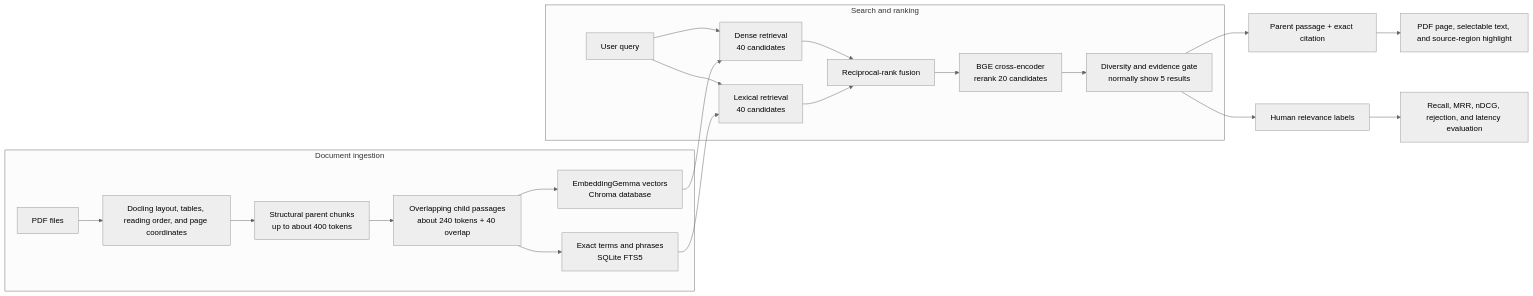
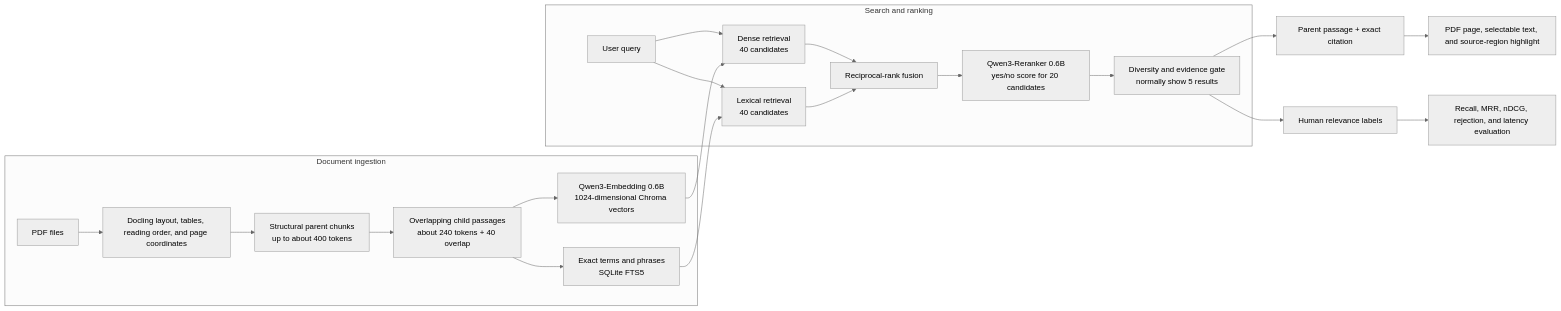
One commit to FKENZOLS/reference-desk changed the diagram in README.md. Above: the diagram before and after it, drawn with Mermaid (neutral theme). The commit also changed other lines of this file and 23 other files, not shown here.

````diff
--- a/README.md
+++ b/README.md
@@ -214,26 +222,26 @@
 ```mermaid
 flowchart LR
     subgraph INGESTION["Document ingestion"]
         A["PDF files"] --> B["Docling layout, tables, reading order, and page coordinates"]
         B --> C["Structural parent chunks<br/>up to about 400 tokens"]
         C --> D["Overlapping child passages<br/>about 240 tokens + 40 overlap"]
-        D --> E["EmbeddingGemma vectors<br/>Chroma database"]
+        D --> E["Qwen3-Embedding 0.6B<br/>1024-dimensional Chroma vectors"]
         D --> F["Exact terms and phrases<br/>SQLite FTS5"]
     end
 
     subgraph SEARCH["Search and ranking"]
         Q["User query"] --> G["Dense retrieval<br/>40 candidates"]
         Q --> H["Lexical retrieval<br/>40 candidates"]
         E --> G
         F --> H
         G --> I["Reciprocal-rank fusion"]
         H --> I
-        I --> J["BGE cross-encoder<br/>rerank 20 candidates"]
+        I --> J["Qwen3-Reranker 0.6B<br/>yes/no score for 20 candidates"]
         J --> K["Diversity and evidence gate<br/>normally show 5 results"]
     end
 
     K --> L["Parent passage + exact citation"]
     L --> M["PDF page, selectable text, and source-region highlight"]
     K --> N["Human relevance labels"]
     N --> O["Recall, MRR, nDCG, rejection, and latency evaluation"]
 ```
````
